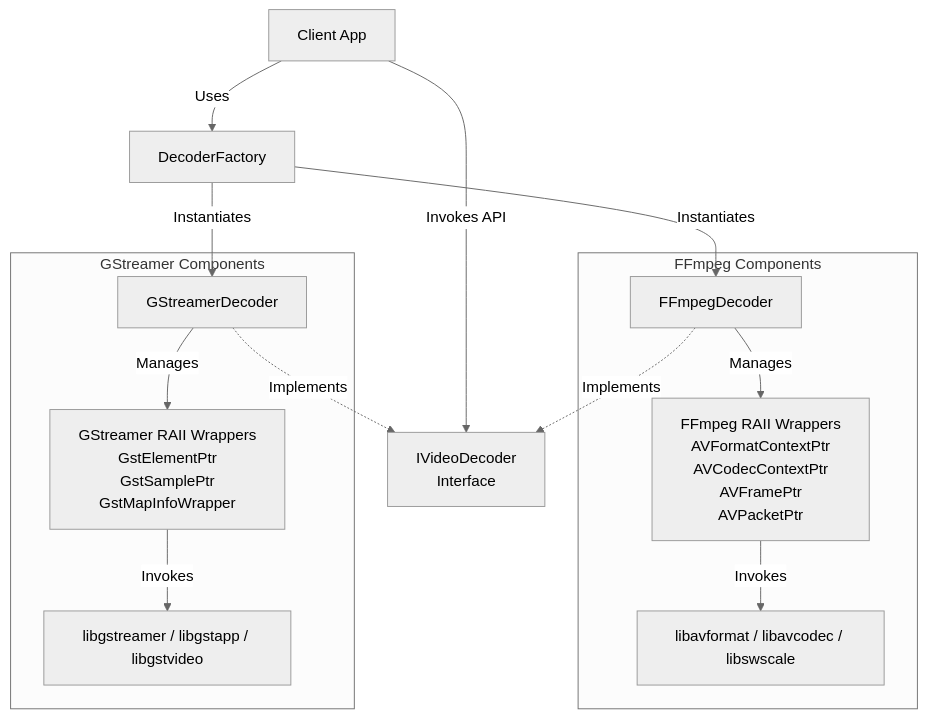
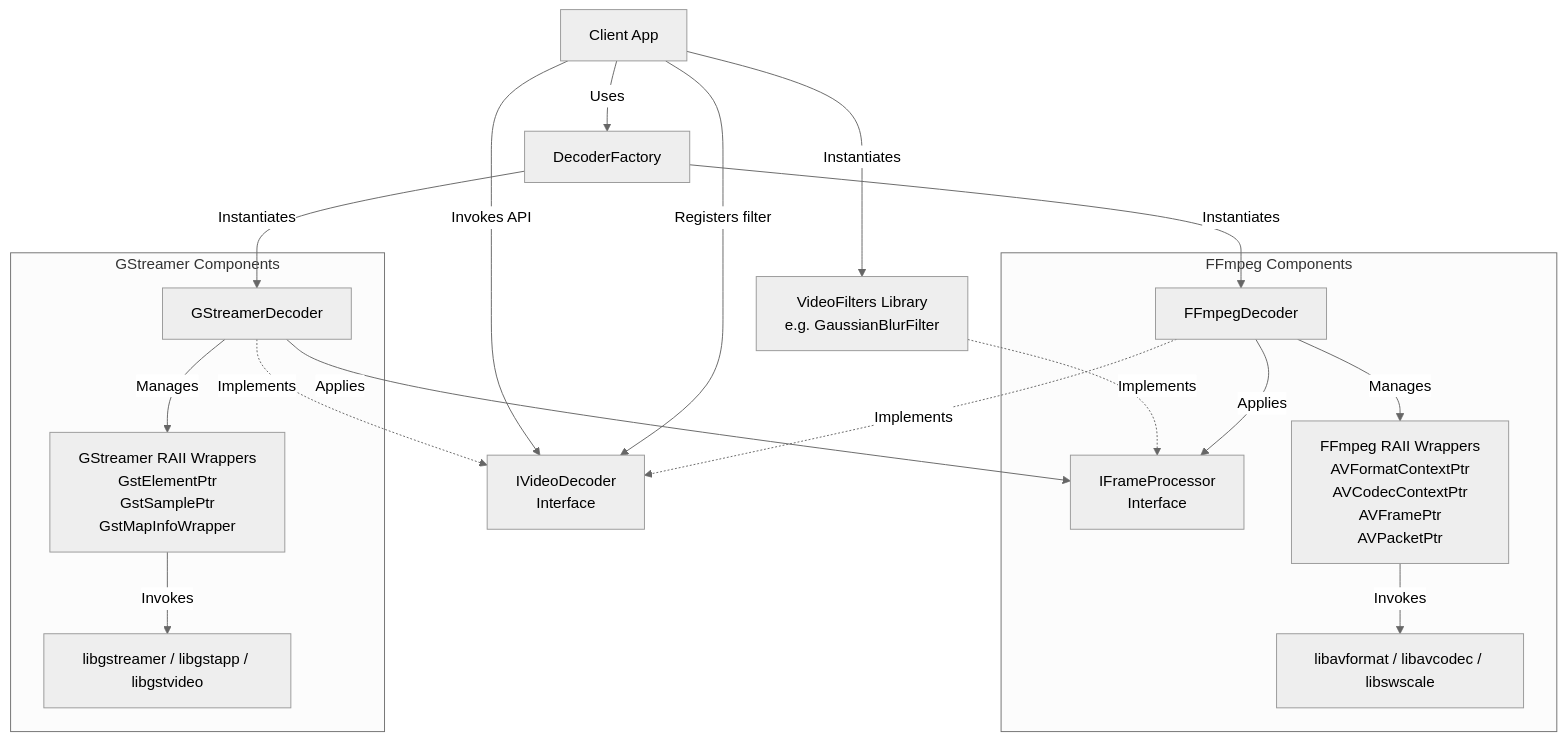
One commit to svagionitis/VideoDecoder changed the third of 4 diagrams in docs/architecture.md. Above: the diagram before and after it, drawn with Mermaid (neutral theme). The commit also changed other lines of this file and 1 other file, not shown here.

First line of the commit message:
docs: document post-processing video filters in README and architecture

````diff
--- a/docs/architecture.md
+++ b/docs/architecture.md
@@ -150,21 +162,27 @@
 ```mermaid
 graph TB
     Client[Client App] -->|Uses| Factory[DecoderFactory]
     Client -->|Invokes API| IDecoder[IVideoDecoder<br>Interface]
+    Client -->|Instantiates| FilterImpl[VideoFilters Library<br>e.g. GaussianBlurFilter]
 
     Factory -->|Instantiates| FFDecoder[FFmpegDecoder]
     Factory -->|Instantiates| GSDecoder[GStreamerDecoder]
 
     FFDecoder -.->|Implements| IDecoder
     GSDecoder -.->|Implements| IDecoder
 
+    FilterImpl -.->|Implements| IProc[IFrameProcessor<br>Interface]
+    Client -->|Registers filter| IDecoder
+
     subgraph FFmpegWrapper [FFmpeg Components]
         FFDecoder -->|Manages| FF_RAII[FFmpeg RAII Wrappers<br>AVFormatContextPtr<br>AVCodecContextPtr<br>AVFramePtr<br>AVPacketPtr]
         FF_RAII -->|Invokes| FFLib[libavformat / libavcodec / libswscale]
+        FFDecoder -->|Applies| IProc
     end
 
     subgraph GStreamerWrapper [GStreamer Components]
         GSDecoder -->|Manages| GS_RAII[GStreamer RAII Wrappers<br>GstElementPtr<br>GstSamplePtr<br>GstMapInfoWrapper]
         GS_RAII -->|Invokes| GSLib[libgstreamer / libgstapp / libgstvideo]
+        GSDecoder -->|Applies| IProc
     end
 ```
````
